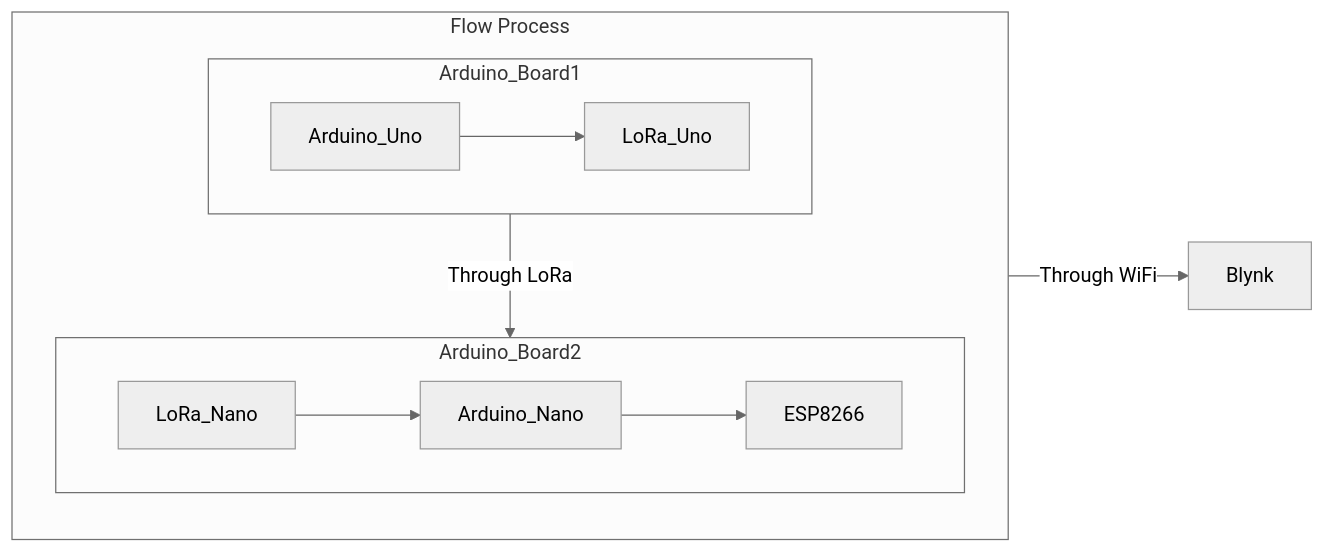
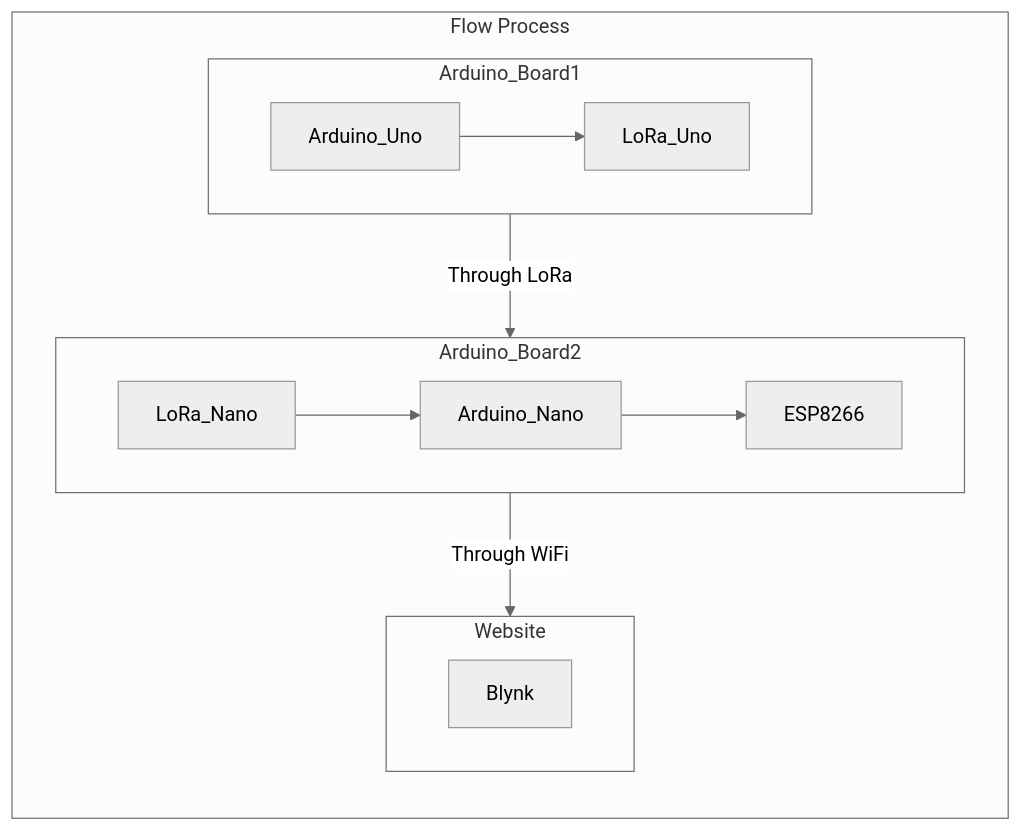
One commit to william60302/IoT_Team2 changed the second of 2 diagrams in README.md. Above: the diagram before and after it, drawn with Mermaid (neutral theme).

````diff
--- a/README.md
+++ b/README.md
@@ -34,17 +34,21 @@
 ```mermaid
-flowchart LR
+flowchart TB
   subgraph Flow Process
     direction TB
     subgraph Arduino_Board1
         direction LR
         Arduino_Uno --> LoRa_Uno
     end
     subgraph Arduino_Board2
         direction LR
         LoRa_Nano --> Arduino_Nano --> ESP8266
     end
+    subgraph Website
+        direction LR
+        Blynk
+    end
   end
   Arduino_Board1-- Through LoRa --> Arduino_Board2
-  Arduino_Board2-- Through WiFi --> Blynk 
+  Arduino_Board2-- Through WiFi --> Website 
 
 ```
````
